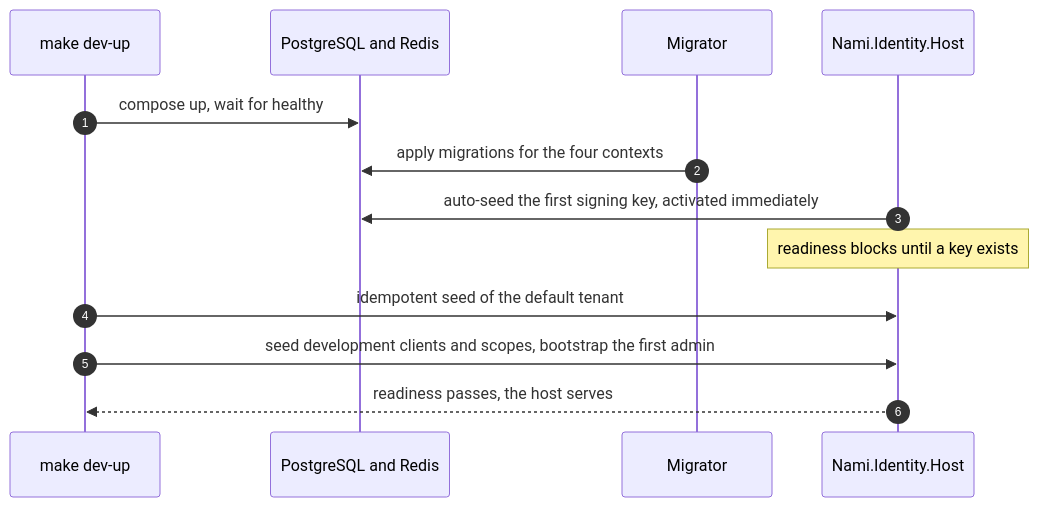
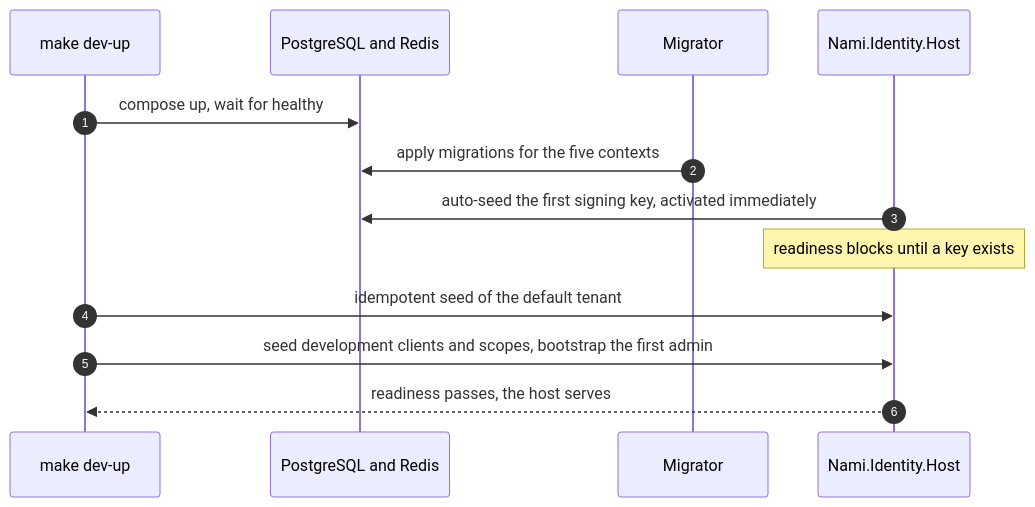
The second of 2 diagrams in docs/design/01-foundations.md (namphuongtran/nami), drawn with Mermaid before and after one commit. The commit also changed other lines of this file and 14 other files, not shown here.

````diff
--- a/docs/design/01-foundations.md
+++ b/docs/design/01-foundations.md
@@ -322,15 +322,15 @@
 ```mermaid
 sequenceDiagram
   autonumber
   participant Dev as make dev-up
   participant PG as PostgreSQL and Redis
   participant Mig as Migrator
   participant App as Nami.Identity.Host
   Dev->>PG: compose up, wait for healthy
-  Mig->>PG: apply migrations for the four contexts
+  Mig->>PG: apply migrations for the five contexts
   App->>PG: auto-seed the first signing key, activated immediately
   Note over App: readiness blocks until a key exists
   Dev->>App: idempotent seed of the default tenant
   Dev->>App: seed development clients and scopes, bootstrap the first admin
   App-->>Dev: readiness passes, the host serves
 ```
````
